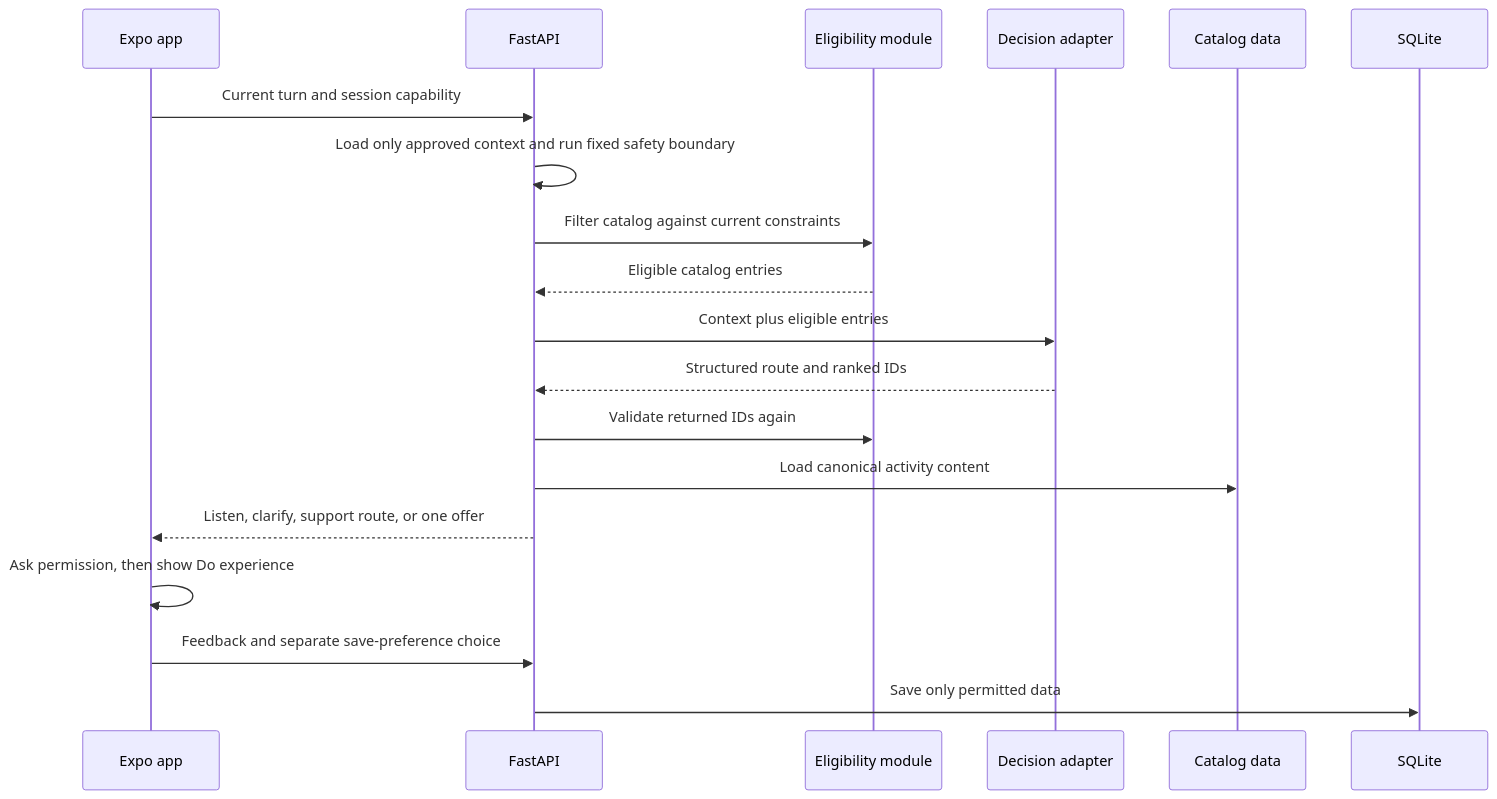
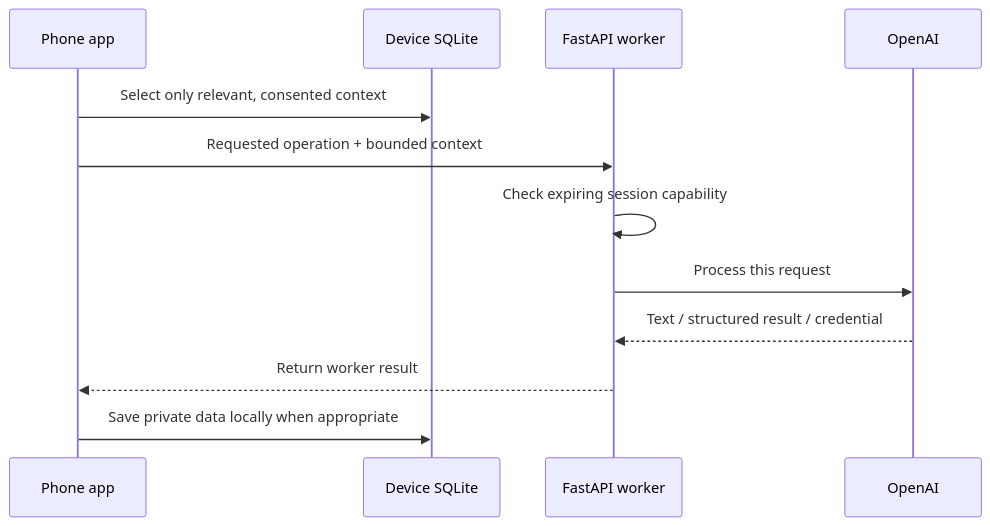
Before and after one commit to sandip-pathe/mira: the second of 2 diagrams in PRD/mira_prd.md, drawn with Mermaid. The commit also changed other lines of this file and 408 other files, not shown here.

````diff
--- a/PRD/mira_prd.md
+++ b/PRD/mira_prd.md
@@ -172,21 +173,14 @@
 ```mermaid
 sequenceDiagram
-    participant App as Expo app
-    participant API as FastAPI
-    participant Rules as Eligibility module
-    participant AI as Decision adapter
-    participant Catalog as Catalog data
-    participant DB as SQLite
-    App->>API: Current turn and session capability
-    API->>API: Load only approved context and run fixed safety boundary
-    API->>Rules: Filter catalog against current constraints
-    Rules-->>API: Eligible catalog entries
-    API->>AI: Context plus eligible entries
-    AI-->>API: Structured route and ranked IDs
-    API->>Rules: Validate returned IDs again
-    API->>Catalog: Load canonical activity content
-    API-->>App: Listen, clarify, support route, or one offer
-    App->>App: Ask permission, then show Do experience
-    App->>API: Feedback and separate save-preference choice
-    API->>DB: Save only permitted data
+    participant App as Phone app
+    participant Local as Device SQLite
+    participant API as FastAPI worker
+    participant AI as OpenAI
+    App->>Local: Select only relevant, consented context
+    App->>API: Requested operation + bounded context
+    API->>API: Check expiring session capability
+    API->>AI: Process this request
+    AI-->>API: Text / structured result / credential
+    API-->>App: Return worker result
+    App->>Local: Save private data locally when appropriate
 ```
````
